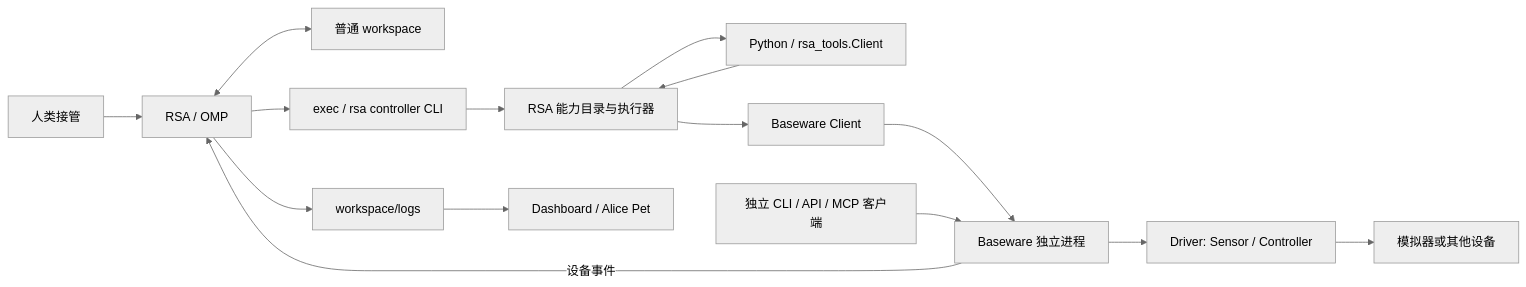
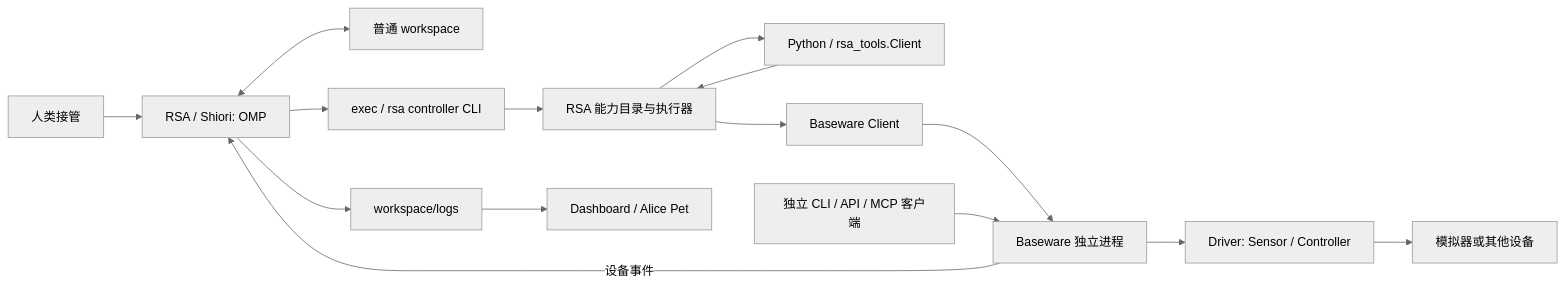
The diagram in rsa/docs/architecture.md (luokerenx4/Ludens-alpha), drawn with Mermaid (neutral theme) before and after one commit. The commit also changed other lines of this file and 38 other files, not shown here.

````diff
--- a/rsa/docs/architecture.md
+++ b/rsa/docs/architecture.md
@@ -7,17 +7,17 @@
 ```mermaid
 flowchart LR
-    H[人类接管] --> R[RSA / OMP]
+    H[人类接管] --> R[RSA / Shiori: OMP]
     R <--> W[普通 workspace]
     R --> S[exec / rsa controller CLI]
     S --> F[RSA 能力目录与执行器]
     P[Python / rsa_tools.Client] --> F
     F --> P
     F --> C[Baseware Client]
     C --> B[Baseware 独立进程]
     M[独立 CLI / API / MCP 客户端] --> B
     B --> D[Driver: Sensor / Controller]
     D --> E[模拟器或其他设备]
     B -->|设备事件| R
     R --> L[workspace/logs]
     L --> V[Dashboard / Alice Pet]
 ```
````
